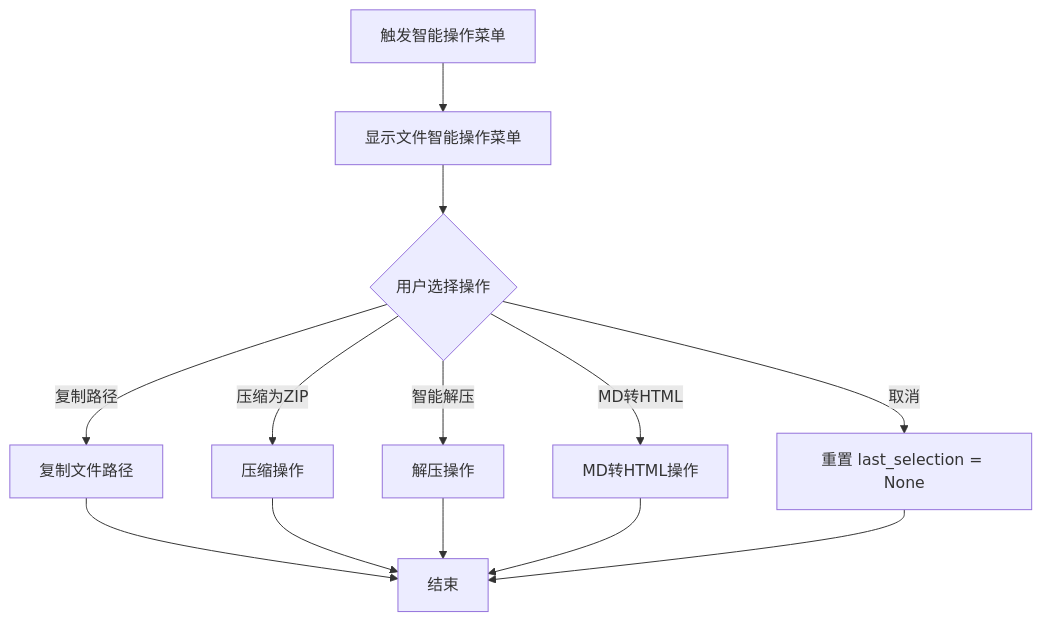
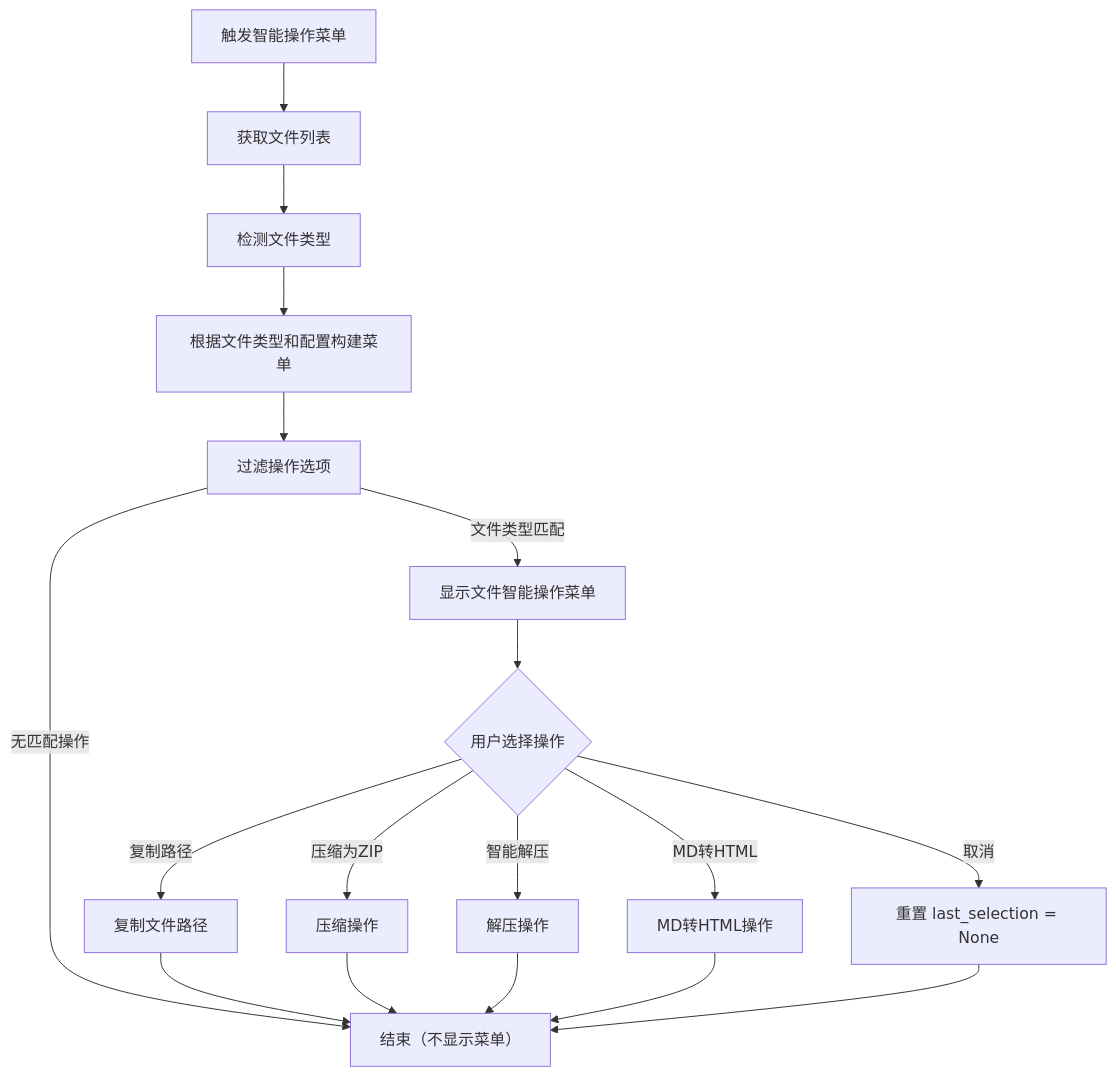
The fifth of 7 diagrams in 流程图.md (zhangs-cedar/mac-commondX), drawn with Mermaid before and after one commit. The commit also changed other lines of this file and 1 other file, not shown here.

````diff
--- a/流程图.md
+++ b/流程图.md
@@ -102,17 +102,23 @@
 ```mermaid
 flowchart TD
-    StartNode["触发智能操作菜单"] --> ShowMenu["显示文件智能操作菜单"]
+    StartNode["触发智能操作菜单"] --> GetFiles["获取文件列表"]
+    GetFiles --> DetectTypes["检测文件类型"]
+    DetectTypes --> BuildMenu["根据文件类型和配置构建菜单"]
+    BuildMenu --> FilterOps["过滤操作选项"]
+    FilterOps -->|"文件类型匹配"| ShowMenu["显示文件智能操作菜单"]
+    FilterOps -->|"无匹配操作"| EndNode["结束（不显示菜单）"]
+    
     ShowMenu --> UserChoice{"用户选择操作"}
     
     UserChoice -->|"复制路径"| CopyPaths["复制文件路径"]
     UserChoice -->|"压缩为ZIP"| Compress["压缩操作"]
     UserChoice -->|"智能解压"| Decompress["解压操作"]
     UserChoice -->|"MD转HTML"| MdToHtml["MD转HTML操作"]
     UserChoice -->|"取消"| ResetLastSelection["重置 last_selection = None"]
     
-    CopyPaths --> EndNode["结束"]
+    CopyPaths --> EndNode
     Compress --> EndNode
     Decompress --> EndNode
     MdToHtml --> EndNode
     ResetLastSelection --> EndNode
 ```
````
